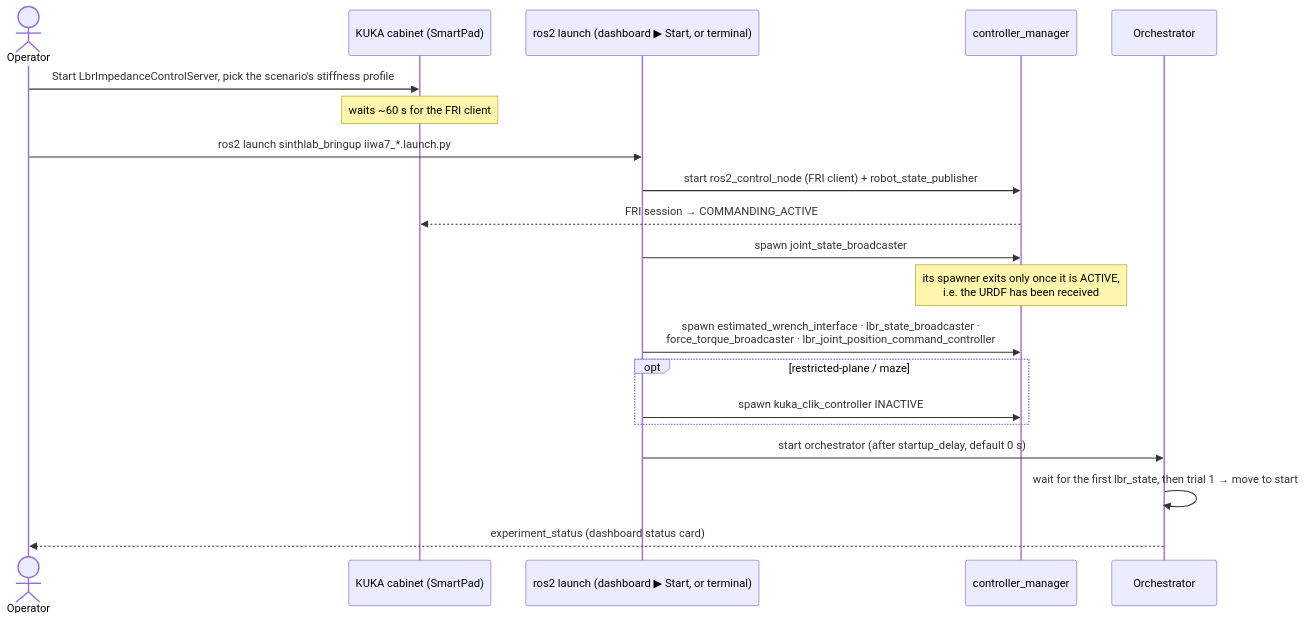
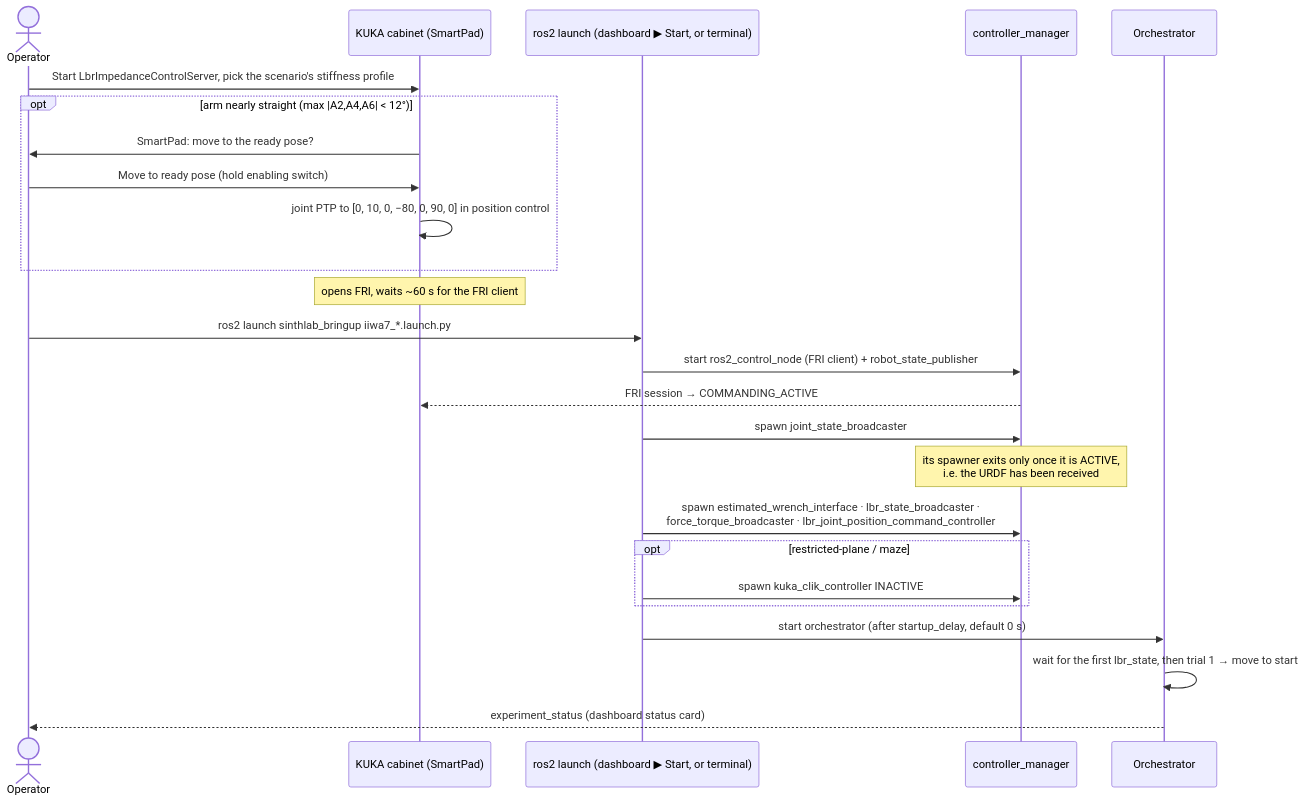
Before and after one commit to sinthlab/sinthlab-kuka-stack: the third of 7 diagrams in README.md, drawn with Mermaid. The commit also changed other lines of this file and 7 other files, not shown here.

````diff
--- a/README.md
+++ b/README.md
@@ -1033,23 +1037,28 @@
 ```mermaid
 sequenceDiagram
     actor Op as Operator
     participant CAB as KUKA cabinet (SmartPad)
     participant ROS as ros2 launch (dashboard ▶ Start, or terminal)
     participant CM as controller_manager
     participant ORCH as Orchestrator
 
     Op->>CAB: Start LbrImpedanceControlServer, pick the scenario's stiffness profile
-    Note over CAB: waits ~60 s for the FRI client
+    opt arm nearly straight (max |A2,A4,A6| < 12°)
+        CAB->>Op: SmartPad: move to the ready pose?
+        Op->>CAB: Move to ready pose (hold enabling switch)
+        CAB->>CAB: joint PTP to [0, 10, 0, −80, 0, 90, 0] in position control
+    end
+    Note over CAB: opens FRI, waits ~60 s for the FRI client
     Op->>ROS: ros2 launch sinthlab_bringup iiwa7_*.launch.py
     ROS->>CM: start ros2_control_node (FRI client) + robot_state_publisher
     CM-->>CAB: FRI session → COMMANDING_ACTIVE
     ROS->>CM: spawn joint_state_broadcaster
     Note over CM: its spawner exits only once it is ACTIVE,<br/>i.e. the URDF has been received
     ROS->>CM: spawn estimated_wrench_interface · lbr_state_broadcaster ·<br/>force_torque_broadcaster · lbr_joint_position_command_controller
     opt restricted-plane / maze
         ROS->>CM: spawn kuka_clik_controller INACTIVE
     end
     ROS->>ORCH: start orchestrator (after startup_delay, default 0 s)
     ORCH->>ORCH: wait for the first lbr_state, then trial 1 → move to start
     ORCH-->>Op: experiment_status (dashboard status card)
 ```
````
